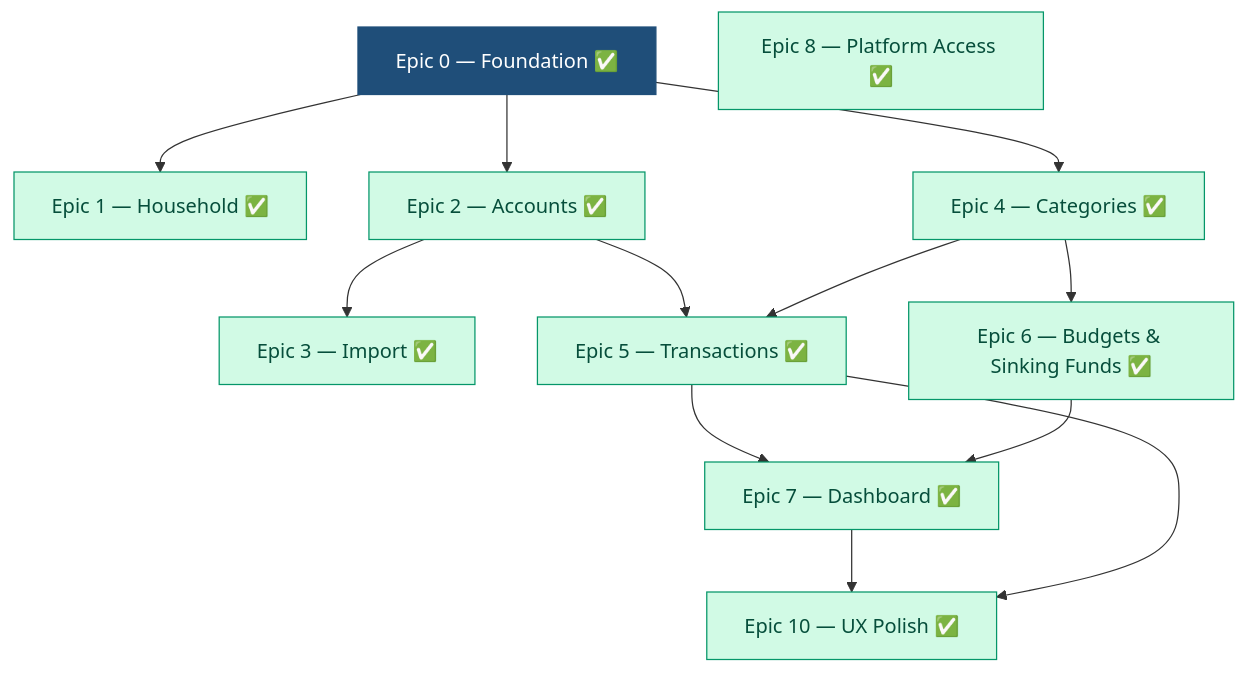
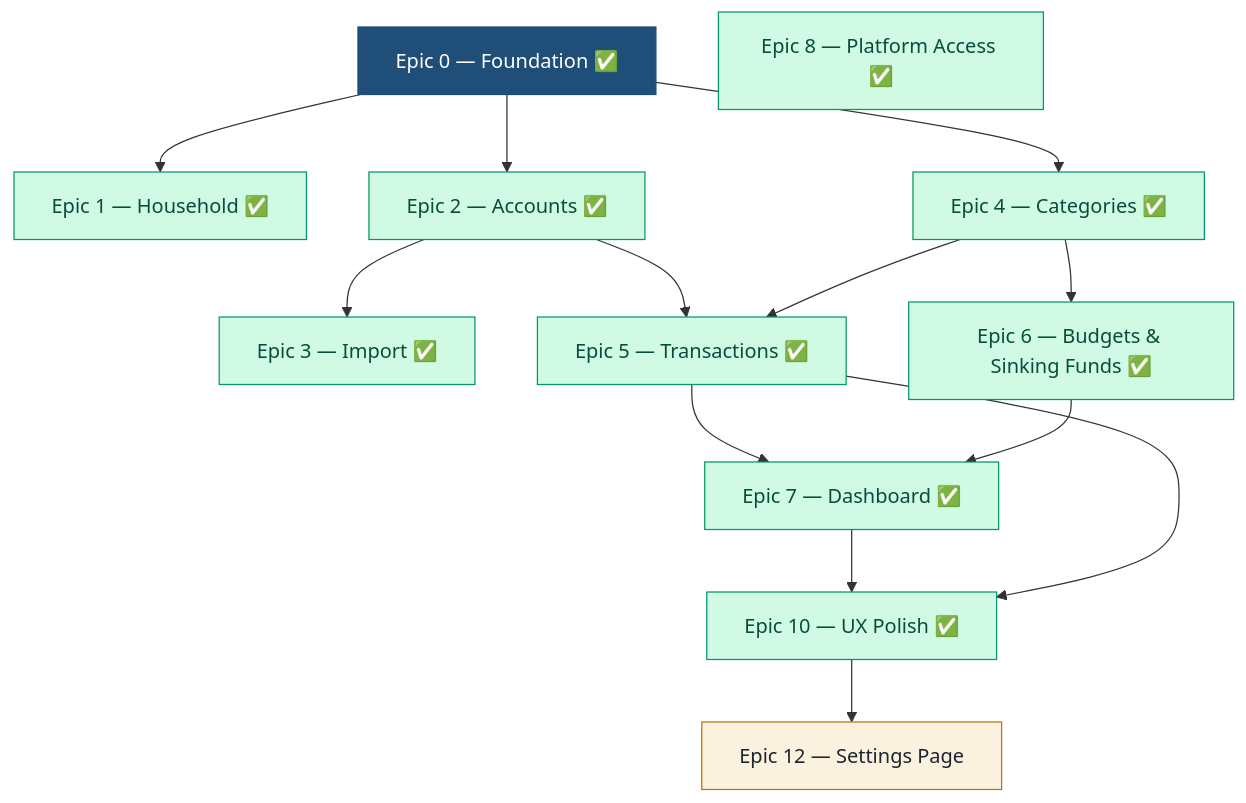
Before and after one commit to hkusingh/pfm: the diagram in docs/phase1-epics-and-stories.md, drawn with Mermaid. The commit also changed other lines of this file, not shown here.

First line of the commit message:
docs: add Epic 12 (User Account Settings) to epics & stories

````diff
--- a/docs/phase1-epics-and-stories.md
+++ b/docs/phase1-epics-and-stories.md
@@ -18,29 +18,31 @@
 ```mermaid
 flowchart TD
   E0[Epic 0 — Foundation ✅]:::k
   E1[Epic 1 — Household ✅]:::done
   E2[Epic 2 — Accounts ✅]:::done
   E4[Epic 4 — Categories ✅]:::done
   E3[Epic 3 — Import ✅]:::done
   E5[Epic 5 — Transactions ✅]:::done
   E6[Epic 6 — Budgets & Sinking Funds ✅]:::done
   E7[Epic 7 — Dashboard ✅]:::done
   E8[Epic 8 — Platform Access ✅]:::done
   E10[Epic 10 — UX Polish ✅]:::done
+  E12[Epic 12 — Settings Page]:::b
 
   E0 --> E1
   E0 --> E2
   E0 --> E4
   E2 --> E3
   E2 --> E5
   E4 --> E5
   E4 --> E6
   E5 --> E7
   E6 --> E7
   E7 --> E10
   E5 --> E10
+  E10 --> E12
   classDef k fill:#1F4E79,color:#fff,stroke:#1F4E79;
   classDef done fill:#d1fae5,stroke:#059669,color:#064e3b;
   classDef b fill:#fbf1df,stroke:#B9770E,color:#1c2530;
   classDef c fill:#e6f5ec,stroke:#1F8A4C,color:#14532d;
 ```
````
